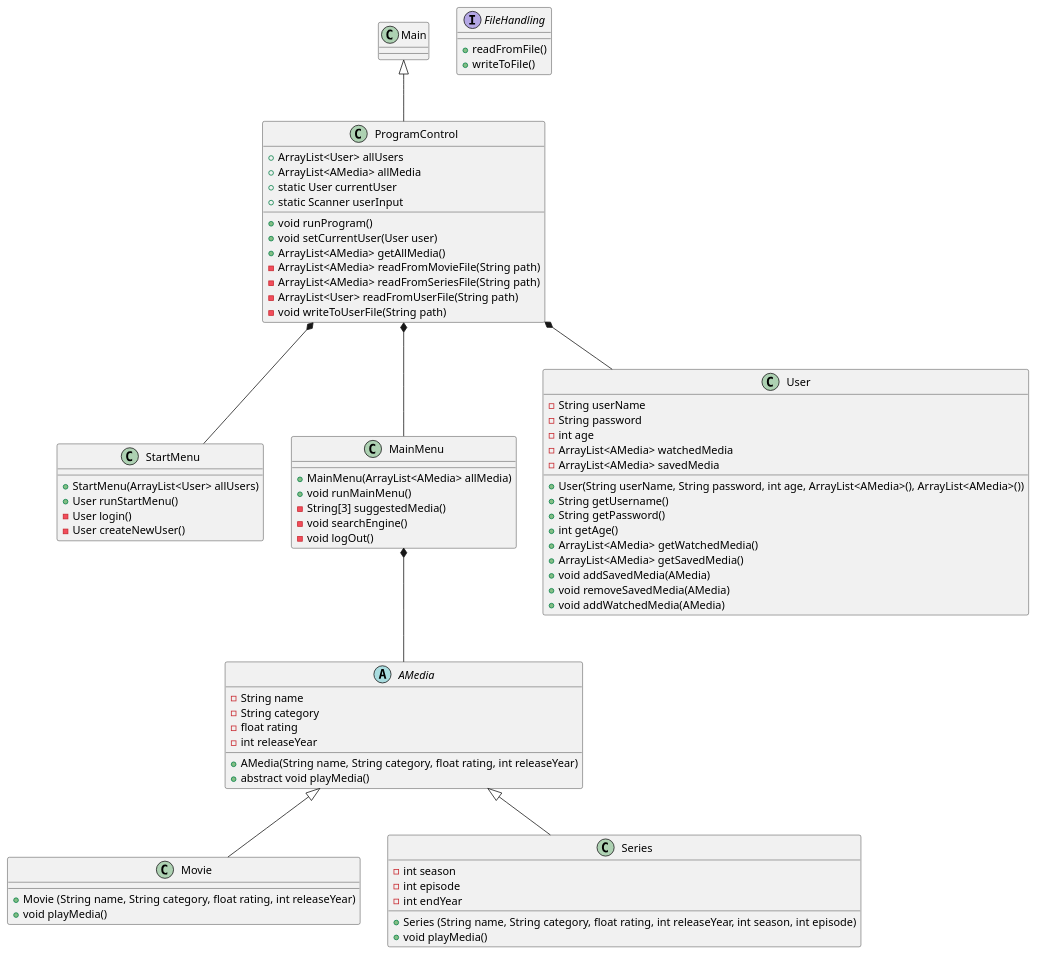
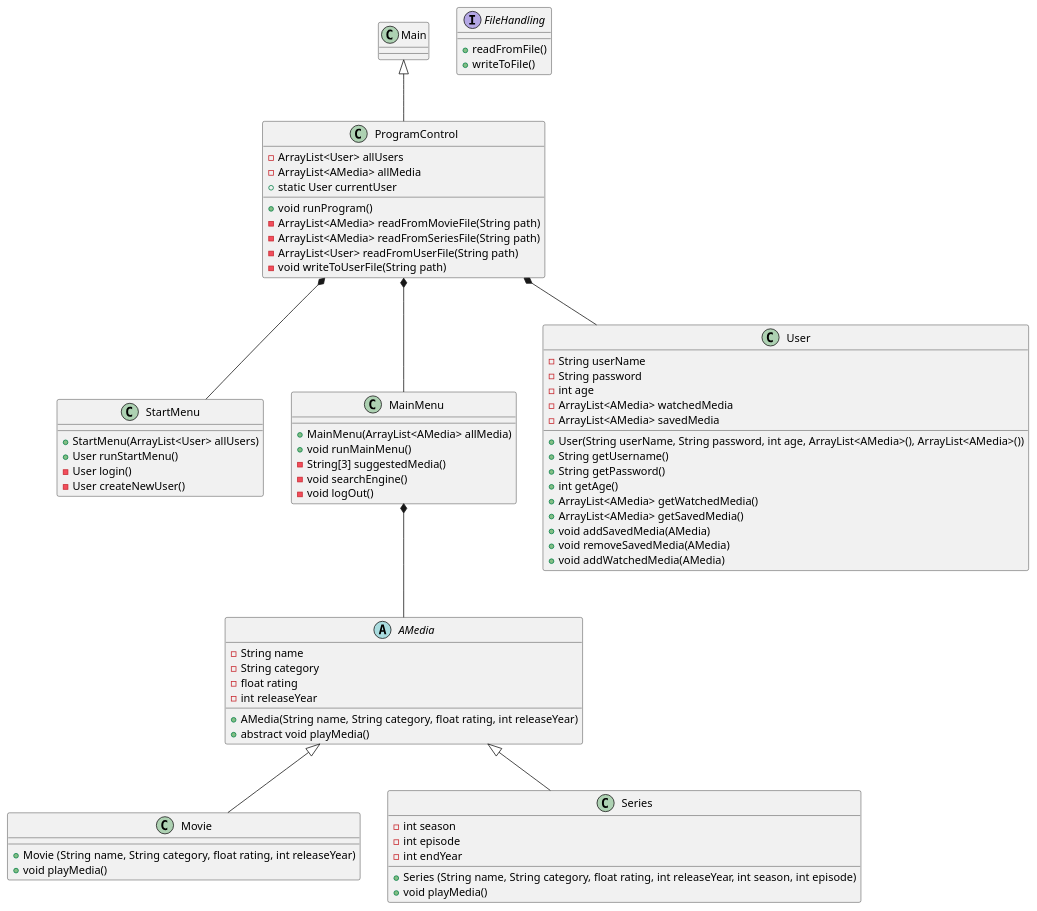
One commit to MrJustMeDahl/SP3---Streamingtjeneste changed the diagram in Design/Streamingservice design.puml. Above: the diagram before and after it, drawn with PlantUML. The commit also changed 1 other file, not shown here.

```diff
--- a/Design/Streamingservice design.puml
+++ b/Design/Streamingservice design.puml
@@ -1,85 +1,82 @@
 @startuml
 class Main
 Main <|-- ProgramControl
 ProgramControl *-- StartMenu
 ProgramControl *-- MainMenu
 ProgramControl *-- User
 
 MainMenu *-- AMedia
 AMedia <|-- Movie
 AMedia <|-- Series
 
 class ProgramControl{
-+ ArrayList<User> allUsers
-+ ArrayList<AMedia> allMedia
+- ArrayList<User> allUsers
+- ArrayList<AMedia> allMedia
 + static User currentUser
-+ static Scanner userInput
 + void runProgram()
-+ void setCurrentUser(User user)
-+ ArrayList<AMedia> getAllMedia()
 - ArrayList<AMedia> readFromMovieFile(String path)
 - ArrayList<AMedia> readFromSeriesFile(String path)
 - ArrayList<User> readFromUserFile(String path)
 - void writeToUserFile(String path)
 }
 
 class StartMenu{
 + StartMenu(ArrayList<User> allUsers)
 + User runStartMenu()
 - User login()
 - User createNewUser()
 }
 
 class MainMenu{
 + MainMenu(ArrayList<AMedia> allMedia)
 + void runMainMenu()
 - String[3] suggestedMedia()
 - void searchEngine()
 - void logOut()
 }
 
 abstract class AMedia{
 - String name
 - String category
 - float rating
 - int releaseYear
 + AMedia(String name, String category, float rating, int releaseYear)
 + abstract void playMedia()
 }
 
 class Movie{
 + Movie (String name, String category, float rating, int releaseYear)
 + void playMedia()
 }
 
 class Series{
 - int season
 - int episode
 - int endYear
 + Series (String name, String category, float rating, int releaseYear, int season, int episode)
 + void playMedia()
 }
 
 class User{
 - String userName
 - String password
 - int age
 - ArrayList<AMedia> watchedMedia
 - ArrayList<AMedia> savedMedia
 + User(String userName, String password, int age, ArrayList<AMedia>(), ArrayList<AMedia>())
 + String getUsername()
 + String getPassword()
 + int getAge()
 + ArrayList<AMedia> getWatchedMedia()
 + ArrayList<AMedia> getSavedMedia()
 + void addSavedMedia(AMedia)
 + void removeSavedMedia(AMedia)
 + void addWatchedMedia(AMedia)
 }
 
 interface FileHandling{
 + readFromFile()
 + writeToFile()
 }
 
 @enduml
```
